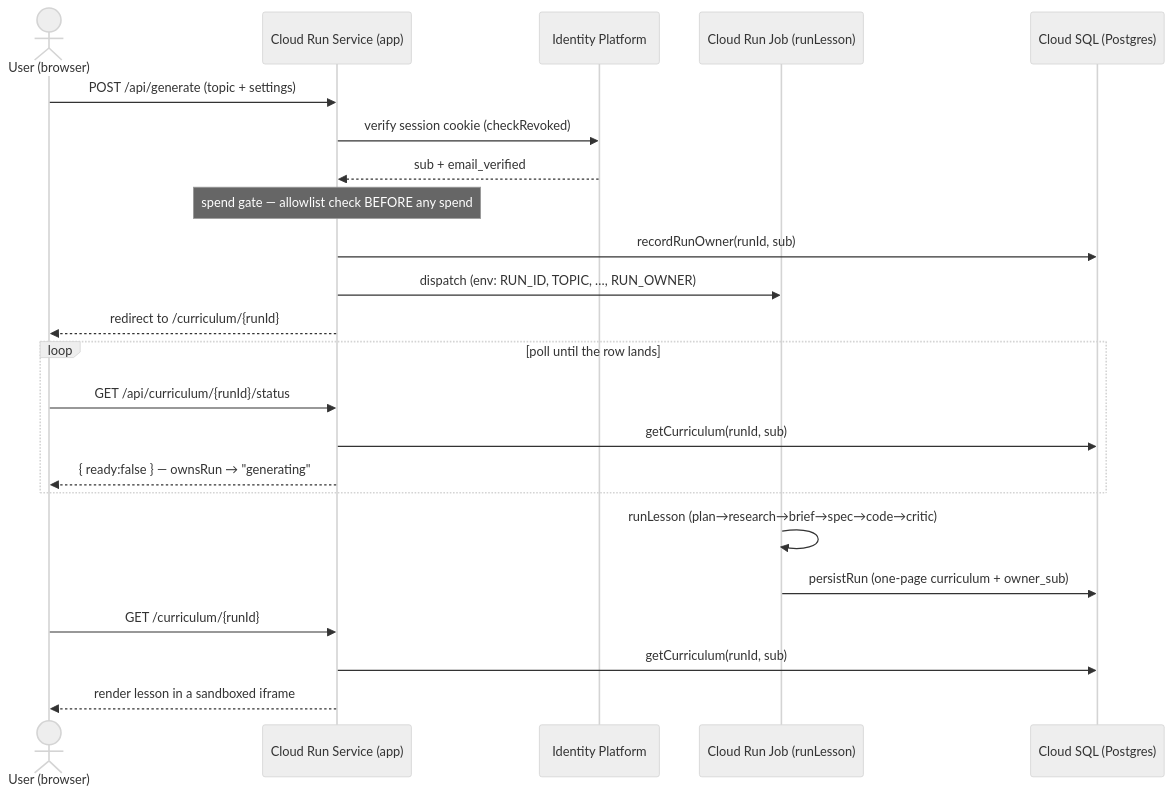
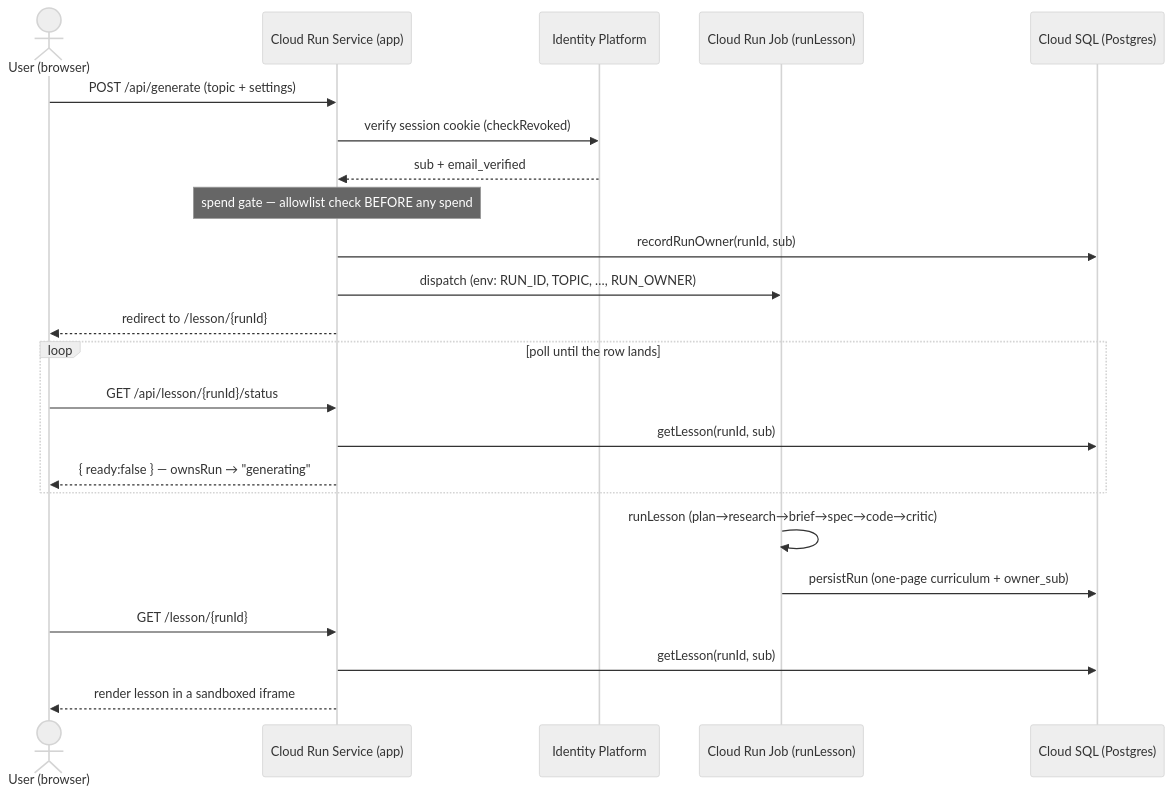
Before and after one commit to julianken/topic-synthesis: the second of 4 diagrams in src/pipeline/README.md, drawn with Mermaid (neutral theme). The commit also changed 70 other files, not shown here.

````diff
--- a/src/pipeline/README.md
+++ b/src/pipeline/README.md
@@ -55,26 +55,26 @@
 ```mermaid
 sequenceDiagram
   actor U as User (browser)
   participant APP as Cloud Run Service (app)
   participant IDP as Identity Platform
   participant JOB as Cloud Run Job (runLesson)
   participant DB as Cloud SQL (Postgres)
 
   U->>APP: POST /api/generate (topic + settings)
   APP->>IDP: verify session cookie (checkRevoked)
   IDP-->>APP: sub + email_verified
   Note over APP: spend gate — allowlist check BEFORE any spend
   APP->>DB: recordRunOwner(runId, sub)
   APP->>JOB: dispatch (env: RUN_ID, TOPIC, …, RUN_OWNER)
-  APP-->>U: redirect to /curriculum/{runId}
+  APP-->>U: redirect to /lesson/{runId}
   loop poll until the row lands
-    U->>APP: GET /api/curriculum/{runId}/status
-    APP->>DB: getCurriculum(runId, sub)
+    U->>APP: GET /api/lesson/{runId}/status
+    APP->>DB: getLesson(runId, sub)
     APP-->>U: { ready:false } — ownsRun → "generating"
   end
   JOB->>JOB: runLesson (plan→research→brief→spec→code→critic)
   JOB->>DB: persistRun (one-page curriculum + owner_sub)
-  U->>APP: GET /curriculum/{runId}
-  APP->>DB: getCurriculum(runId, sub)
+  U->>APP: GET /lesson/{runId}
+  APP->>DB: getLesson(runId, sub)
   APP-->>U: render lesson in a sandboxed iframe
 ```
````
